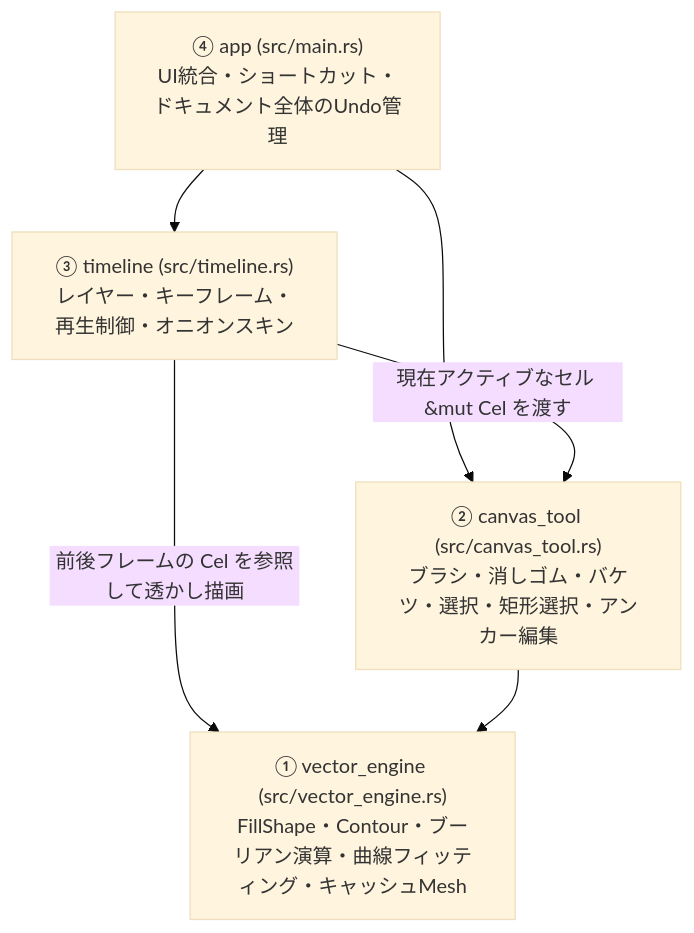
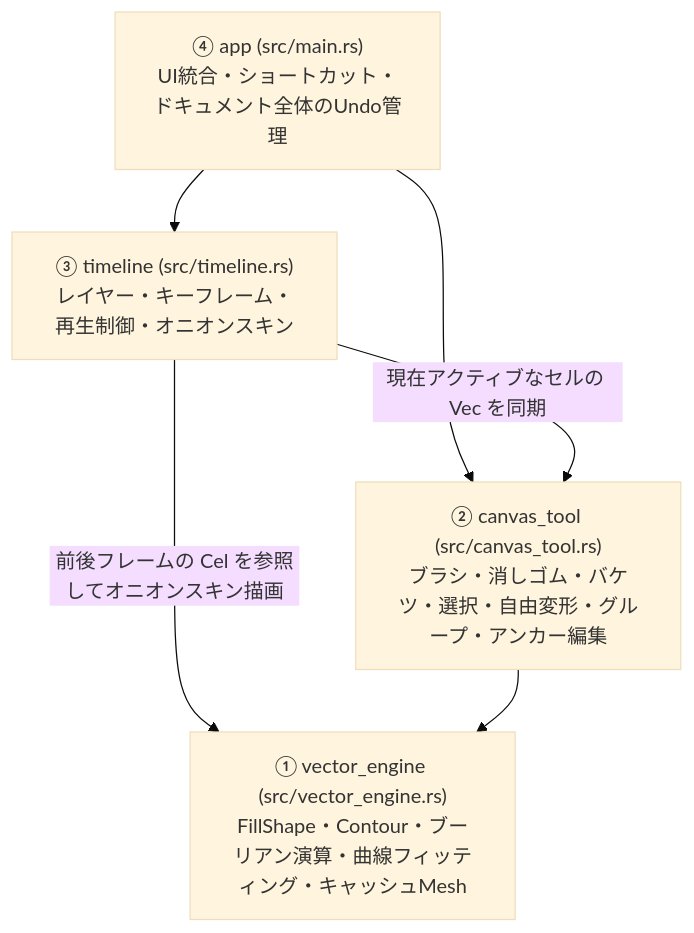
The first of 2 diagrams in ARCHITECTURE.md (idutsu/is2d), drawn with Mermaid (base theme) before and after one commit. The commit also changed other lines of this file and 1 other file, not shown here.

Commit message:
Refactor vector_engine and document mathematical foundations in ARCHITECTURE.md

````diff
--- a/ARCHITECTURE.md
+++ b/ARCHITECTURE.md
@@ -18,13 +14,13 @@
 ```mermaid
 flowchart TD
     App["④ app (src/main.rs)\nUI統合・ショートカット・ドキュメント全体のUndo管理"]
     Timeline["③ timeline (src/timeline.rs)\nレイヤー・キーフレーム・再生制御・オニオンスキン"]
-    CanvasTool["② canvas_tool (src/canvas_tool.rs)\nブラシ・消しゴム・バケツ・選択・矩形選択・アンカー編集"]
+    CanvasTool["② canvas_tool (src/canvas_tool.rs)\nブラシ・消しゴム・バケツ・選択・自由変形・グループ・アンカー編集"]
     VectorEngine["① vector_engine (src/vector_engine.rs)\nFillShape・Contour・ブーリアン演算・曲線フィッティング・キャッシュMesh"]
 
     App --> Timeline
     App --> CanvasTool
-    Timeline -->|現在アクティブなセル &mut Cel を渡す| CanvasTool
-    Timeline -->|前後フレームの Cel を参照して透かし描画| VectorEngine
+    Timeline -->|現在アクティブなセルの Vec<FillShape> を同期| CanvasTool
+    Timeline -->|前後フレームの Cel を参照してオニオンスキン描画| VectorEngine
     CanvasTool --> VectorEngine
 ```
````
